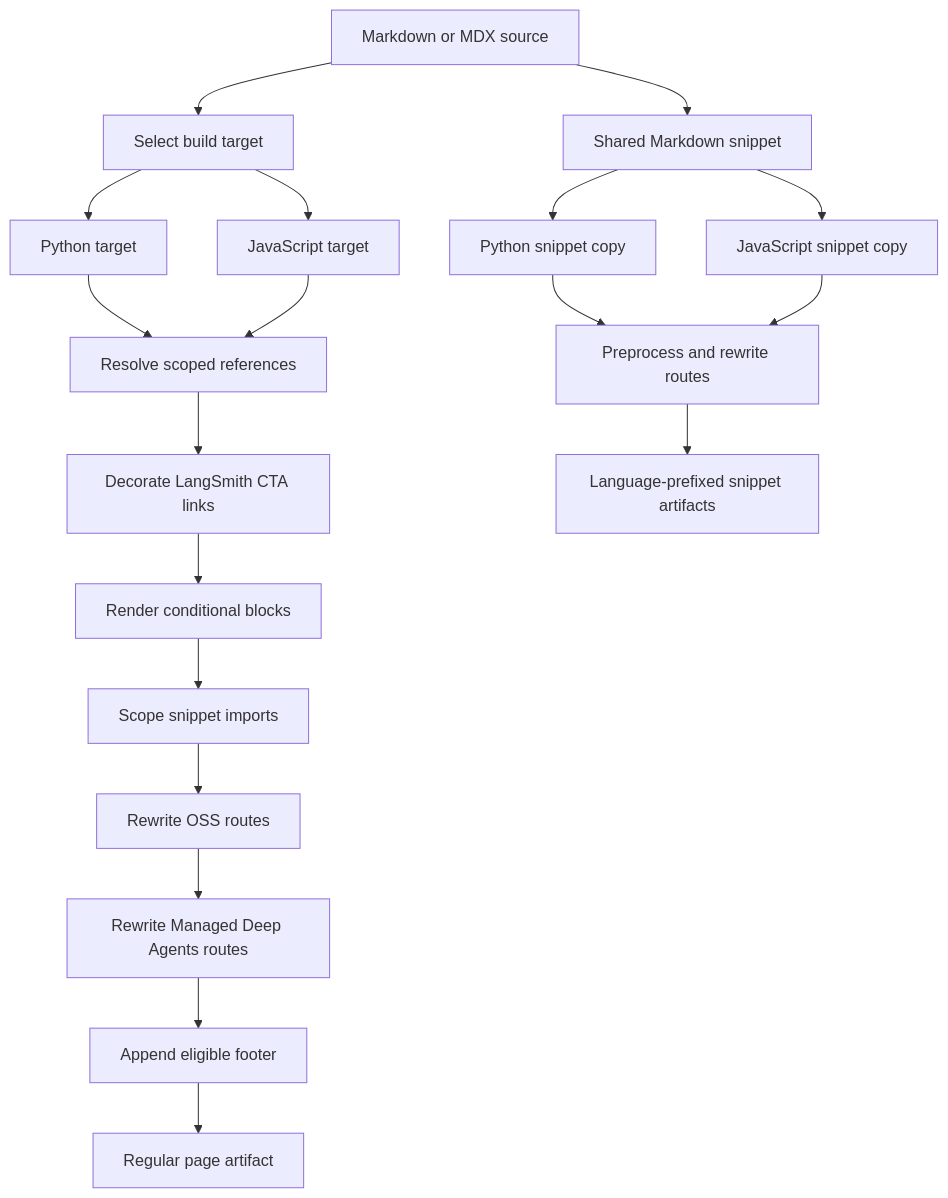
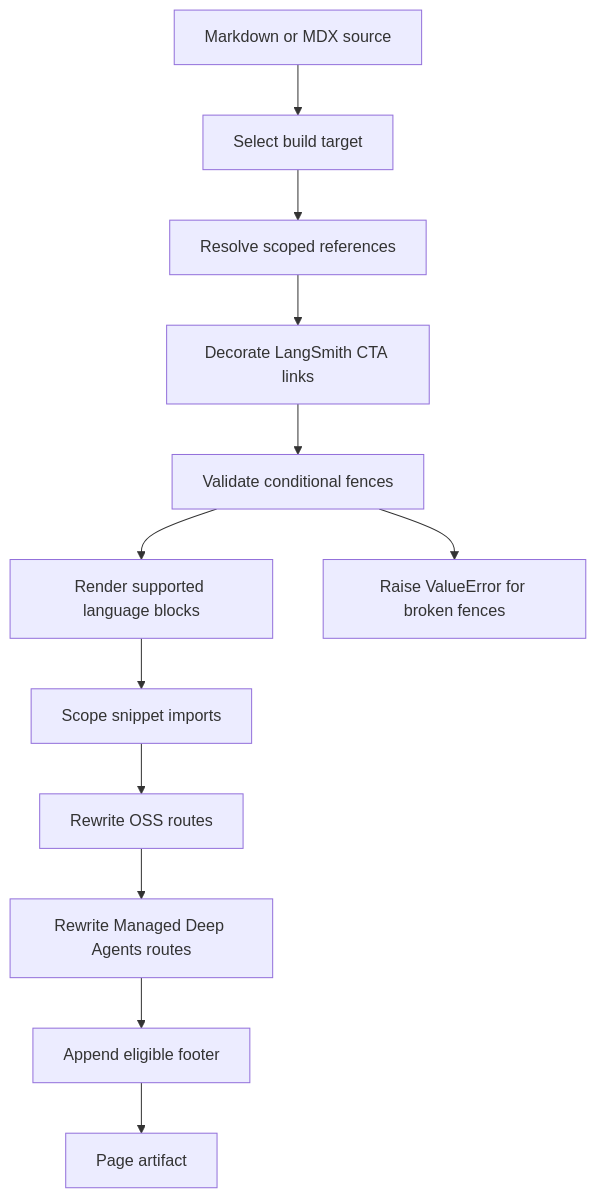
One commit to langchain-ai/docs changed the diagram in openwiki/concepts/preprocessing.md. Above: the diagram before and after it, drawn with Mermaid. The commit also changed other lines of this file and 47 other files, not shown here.

````diff
--- a/openwiki/concepts/preprocessing.md
+++ b/openwiki/concepts/preprocessing.md
@@ -41,21 +43,14 @@
 ```mermaid
 flowchart TD
     Source["Markdown or MDX source"] --> Select["Select build target"]
-    Select --> Python["Python target"]
-    Select --> JavaScript["JavaScript target"]
-    Python --> References["Resolve scoped references"]
-    JavaScript --> References
+    Select --> References["Resolve scoped references"]
     References --> Cta["Decorate LangSmith CTA links"]
-    Cta --> Conditional["Render conditional blocks"]
-    Conditional --> Snippets["Scope snippet imports"]
+    Cta --> Validate["Validate conditional fences"]
+    Validate --> Render["Render supported language blocks"]
+    Render --> Snippets["Scope snippet imports"]
     Snippets --> Oss["Rewrite OSS routes"]
     Oss --> Managed["Rewrite Managed Deep Agents routes"]
     Managed --> Footer["Append eligible footer"]
-    Footer --> Output["Regular page artifact"]
-    Source --> SnippetSource["Shared Markdown snippet"]
-    SnippetSource --> SnippetPython["Python snippet copy"]
-    SnippetSource --> SnippetJavaScript["JavaScript snippet copy"]
-    SnippetPython --> SnippetProcess["Preprocess and rewrite routes"]
-    SnippetJavaScript --> SnippetProcess
-    SnippetProcess --> SnippetOutput["Language-prefixed snippet artifacts"]
+    Footer --> Output["Page artifact"]
+    Validate --> Failure["Raise ValueError for broken fences"]
 ```
````
